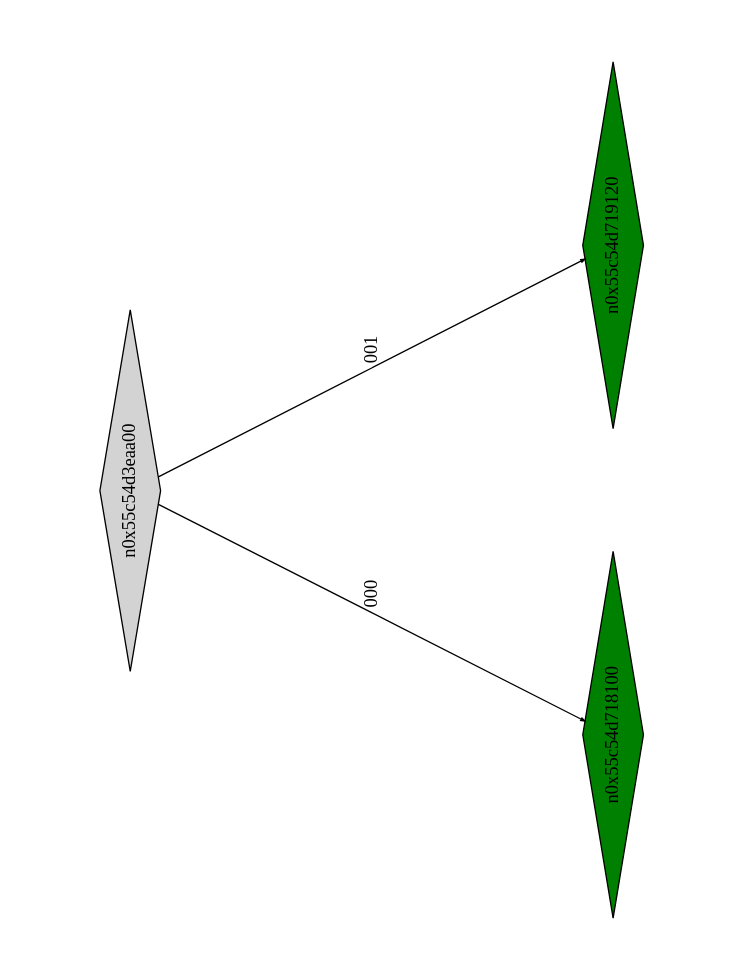
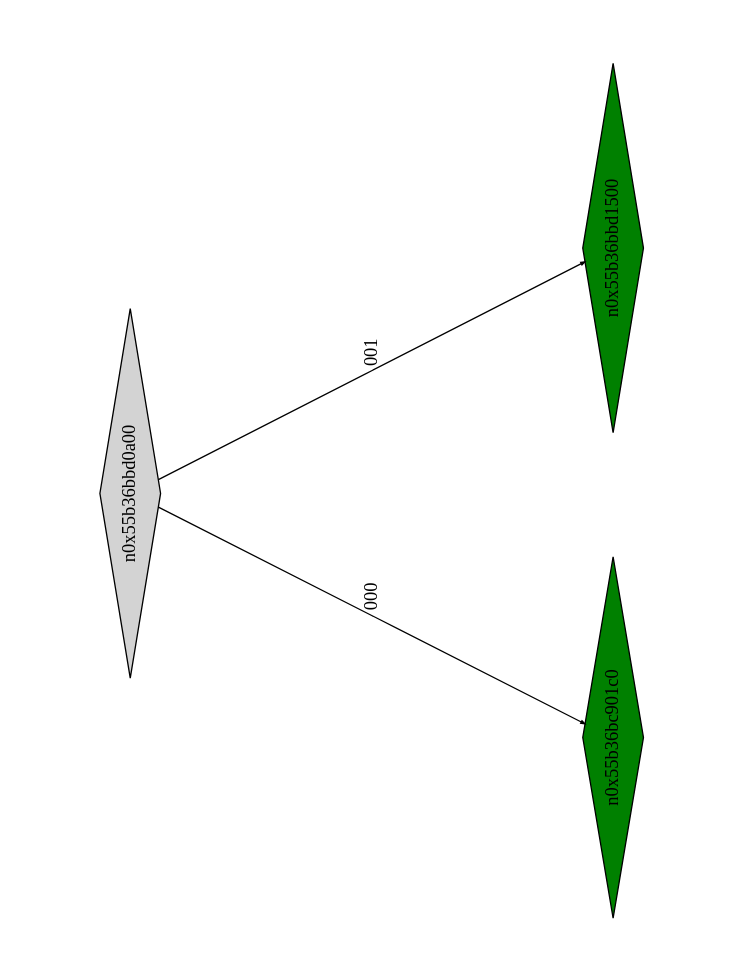
One commit to Research-Tools-PAVT/PSE-Program-Examples changed the diagram in example1_klee_out/ptree_00000221.dot. Above: the diagram before and after it, drawn with Graphviz. The commit also changed 1681 other files, not shown here.

```diff
--- a/example1_klee_out/ptree_00000221.dot
+++ b/example1_klee_out/ptree_00000221.dot
@@ -1,13 +1,13 @@
 digraph G {
 	size="10,7.5";
 	ratio=fill;
 	rotate=90;
 	center = "true";
 	node [style="filled",width=.1,height=.1,fontname="Terminus"]
 	edge [arrowsize=.3]
-	n0x55c54d3eaa00 [shape=diamond];
-	n0x55c54d3eaa00 -> n0x55c54d718100 [label=000];
-	n0x55c54d3eaa00 -> n0x55c54d719120 [label=001];
-	n0x55c54d719120 [shape=diamond,fillcolor=green];
-	n0x55c54d718100 [shape=diamond,fillcolor=green];
+	n0x55b36bbd0a00 [shape=diamond];
+	n0x55b36bbd0a00 -> n0x55b36bc901c0 [label=000];
+	n0x55b36bbd0a00 -> n0x55b36bbd1500 [label=001];
+	n0x55b36bbd1500 [shape=diamond,fillcolor=green];
+	n0x55b36bc901c0 [shape=diamond,fillcolor=green];
 }
```
